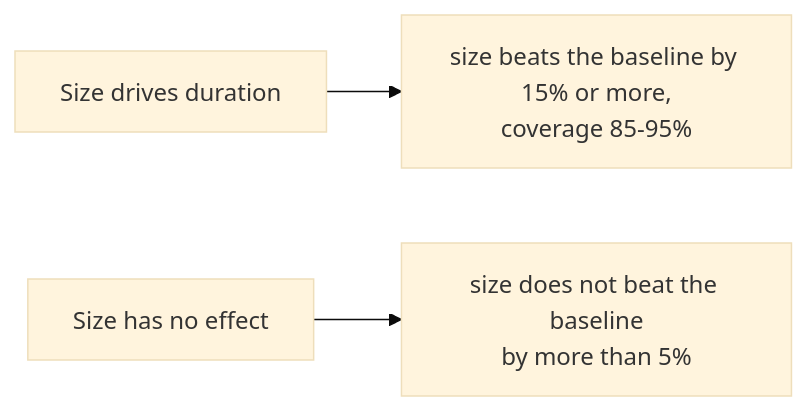
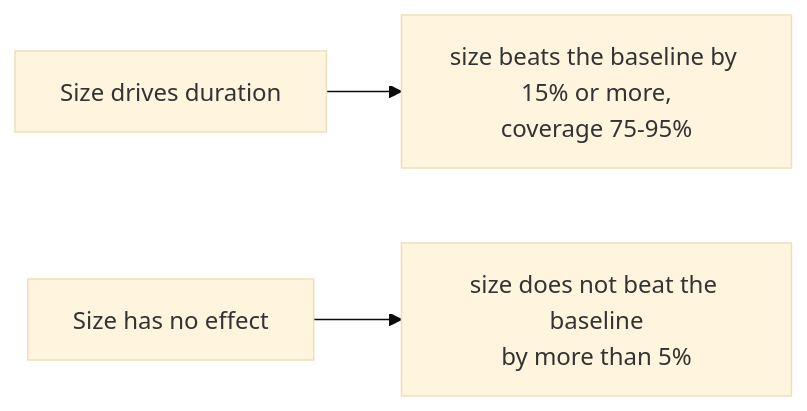
Before and after one commit to Nachox07/cc-estimate: the fourth of 5 diagrams in docs/how-it-works.md, drawn with Mermaid (base theme). The commit also changed other lines of this file and 1 other file, not shown here.

Commit message:
test: keep the raw coverage band; the tie-broken test pins the level

````diff
--- a/docs/how-it-works.md
+++ b/docs/how-it-works.md
@@ -165,5 +165,5 @@
 ```mermaid
 flowchart LR
-  W1["Size drives duration"] --> P1["size beats the baseline by 15% or more,<br/>coverage 85-95%"]
+  W1["Size drives duration"] --> P1["size beats the baseline by 15% or more,<br/>coverage 75-95%"]
   W0["Size has no effect"] --> P0["size does not beat the baseline<br/>by more than 5%"]
 ```
````
